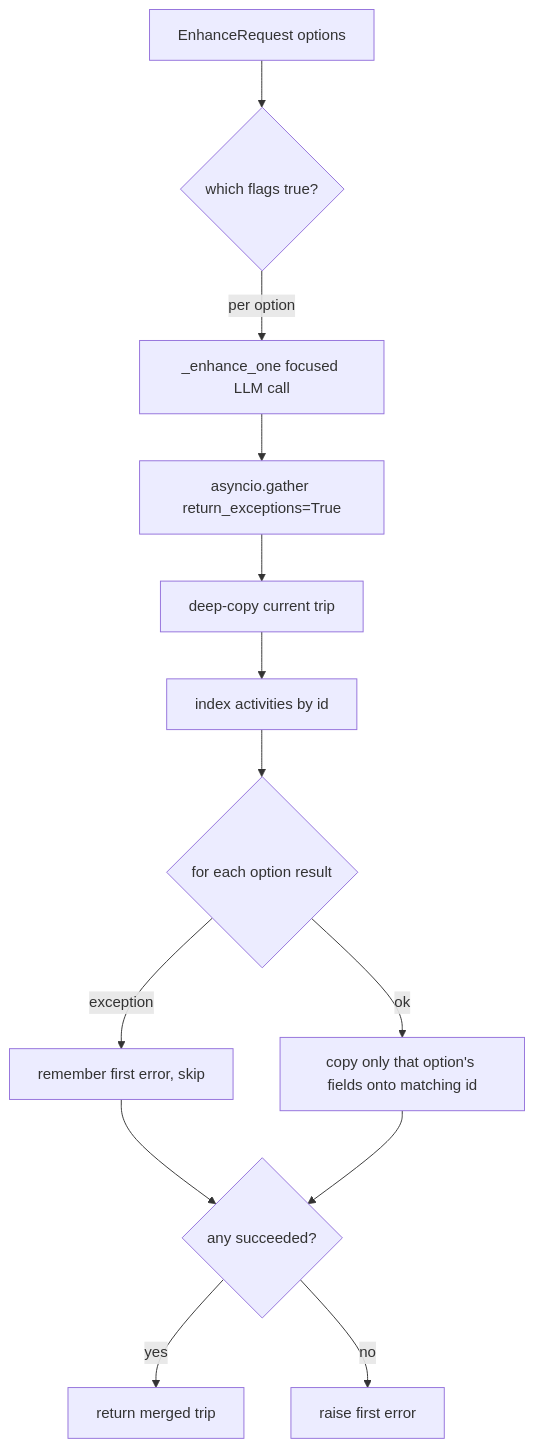
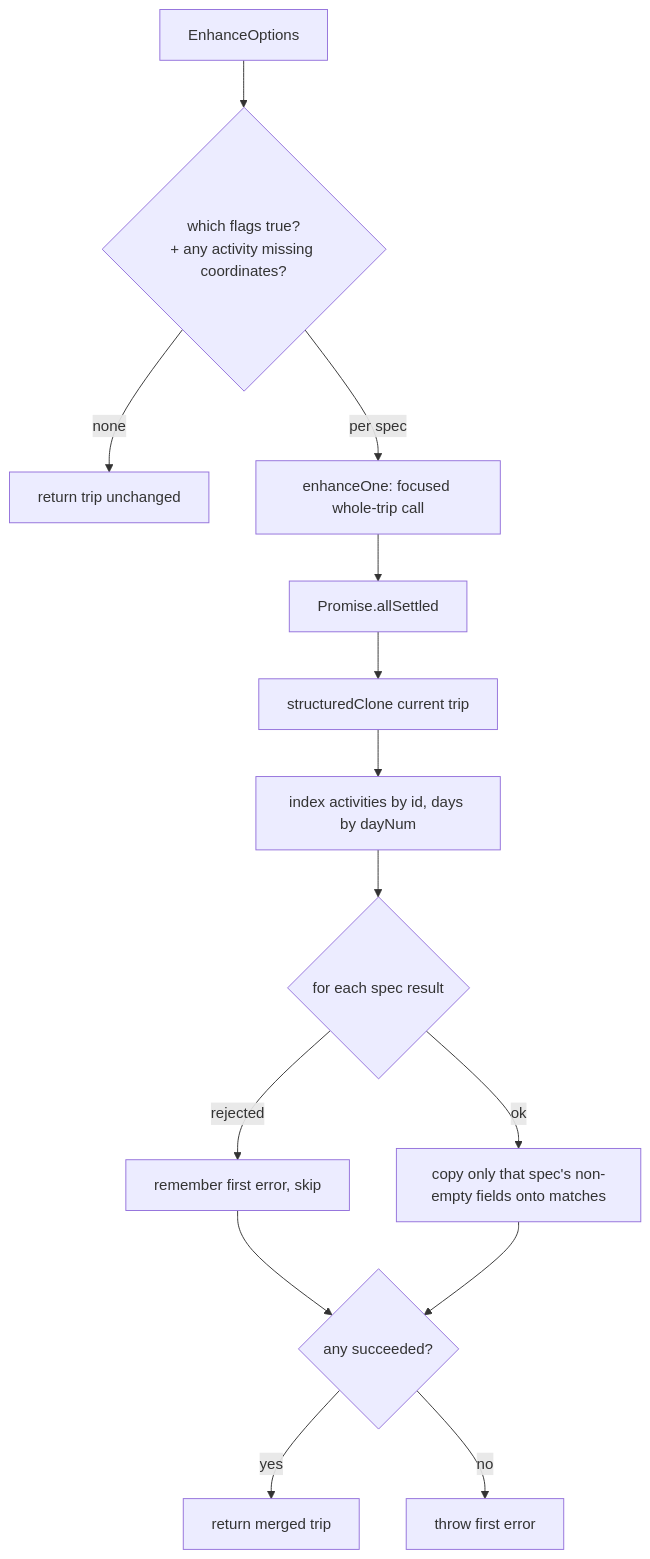
Before and after one commit to joka-7/AppMyTrip: the second of 4 diagrams in docs/LLD.md, drawn with Mermaid. The commit also changed other lines of this file and 170 other files, not shown here.

````diff
--- a/docs/LLD.md
+++ b/docs/LLD.md
@@ -333,14 +324,15 @@
 ```mermaid
 flowchart TD
-    A[EnhanceRequest options] --> B{which flags true?}
-    B -->|per option| C[_enhance_one focused LLM call]
-    C --> D[asyncio.gather return_exceptions=True]
-    D --> E[deep-copy current trip]
-    E --> F[index activities by id]
-    F --> G{for each option result}
-    G -->|exception| H[remember first error, skip]
-    G -->|ok| I[copy only that option's fields onto matching id]
+    A[EnhanceOptions] --> B{which flags true?\n+ any activity missing coordinates?}
+    B -->|none| N[return trip unchanged]
+    B -->|per spec| C[enhanceOne: focused whole-trip call]
+    C --> D[Promise.allSettled]
+    D --> E[structuredClone current trip]
+    E --> F[index activities by id, days by dayNum]
+    F --> G{for each spec result}
+    G -->|rejected| H[remember first error, skip]
+    G -->|ok| I[copy only that spec's non-empty fields onto matches]
     H & I --> J{any succeeded?}
     J -->|yes| K[return merged trip]
-    J -->|no| L[raise first error]
+    J -->|no| L[throw first error]
 ```
````
